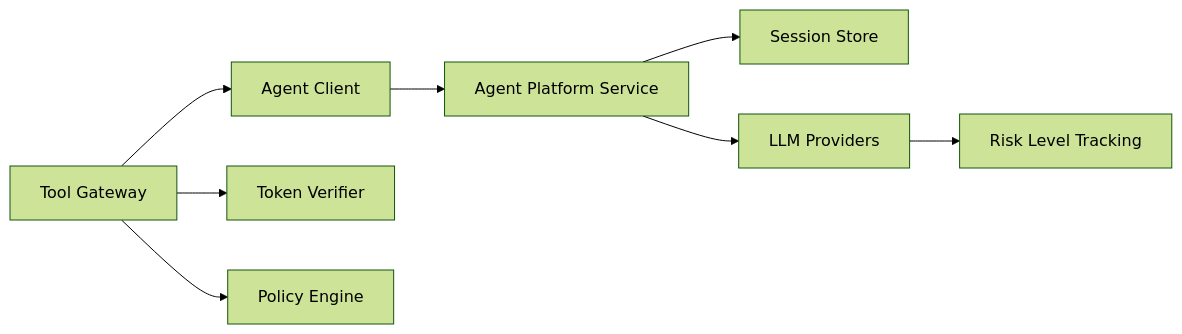
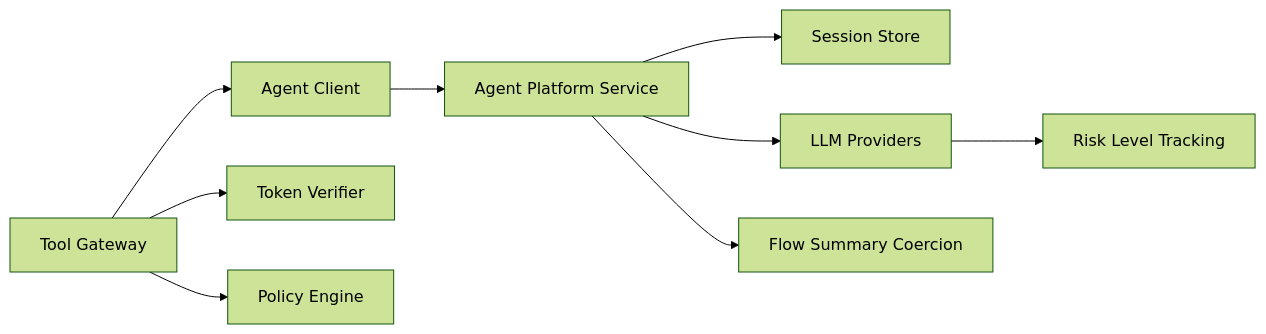
Before and after one commit to metasync/luban-aiops: the sixth of 6 diagrams in .qoder/repowiki/en/content/API Reference/Agent Platform API/Agent Platform API.md, drawn with Mermaid (forest theme). The commit also changed other lines of this file and 11 other files, not shown here.

````diff
--- a/.qoder/repowiki/en/content/API Reference/Agent Platform API/Agent Platform API.md
+++ b/.qoder/repowiki/en/content/API Reference/Agent Platform API/Agent Platform API.md
@@ -265,10 +283,11 @@
 ```mermaid
 graph LR
 Gateway["Tool Gateway"] --> AgentClient["Agent Client"]
 Gateway --> TokenVerifier["Token Verifier"]
 Gateway --> PolicyEngine["Policy Engine"]
 AgentClient --> AgentService["Agent Platform Service"]
 AgentService --> SessionStore["Session Store"]
 AgentService --> Providers["LLM Providers"]
 Providers --> RiskLevels["Risk Level Tracking"]
+AgentService --> FlowSummary["Flow Summary Coercion"]
 ```
````
